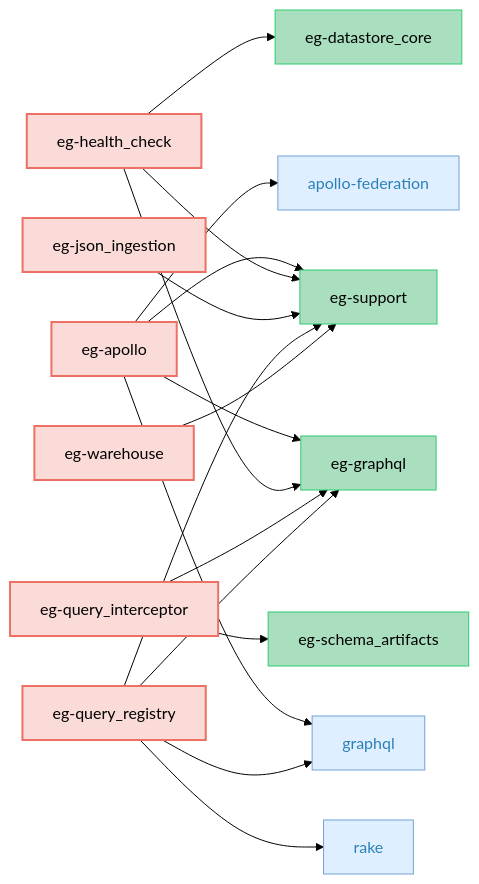
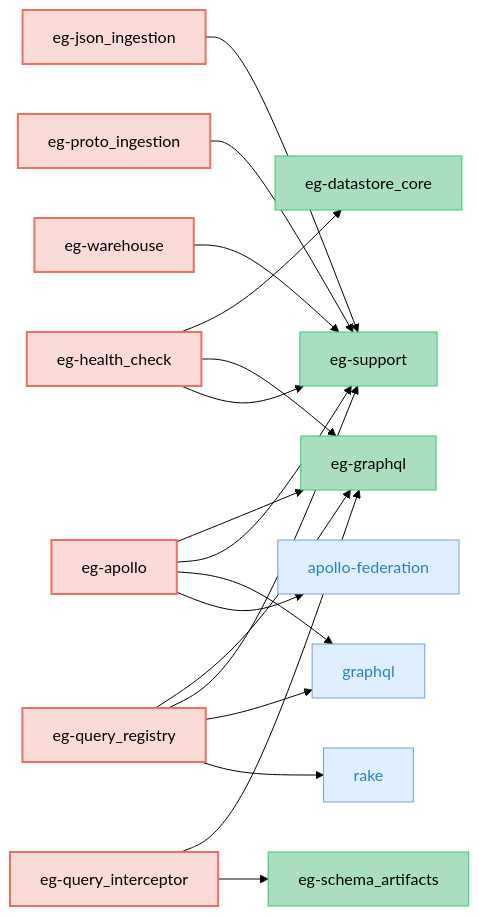
Before and after one commit to block/elasticgraph: the fourth of 5 diagrams in CODEBASE_OVERVIEW.md, drawn with Mermaid (forest theme). The commit also changed other lines of this file and 18 other files, not shown here.

First line of the commit message:
Scaffold the elasticgraph-proto_ingestion gem

````diff
--- a/CODEBASE_OVERVIEW.md
+++ b/CODEBASE_OVERVIEW.md
@@ -208,50 +209,53 @@
 ```mermaid
 graph LR;
     classDef targetGemStyle fill:#FADBD8,stroke:#EC7063,color:#000,stroke-width:2px;
     classDef otherEgGemStyle fill:#A9DFBF,stroke:#2ECC71,color:#000;
     classDef externalGemCatStyle fill:#E0EFFF,stroke:#70A1D7,color:#2980B9;
     elasticgraph-apollo["eg-apollo"];
     elasticgraph-graphql["eg-graphql"];
     elasticgraph-support["eg-support"];
     graphql["graphql"];
     apollo-federation["apollo-federation"];
     elasticgraph-health_check["eg-health_check"];
     elasticgraph-datastore_core["eg-datastore_core"];
     elasticgraph-json_ingestion["eg-json_ingestion"];
+    elasticgraph-proto_ingestion["eg-proto_ingestion"];
     elasticgraph-query_interceptor["eg-query_interceptor"];
     elasticgraph-schema_artifacts["eg-schema_artifacts"];
     elasticgraph-query_registry["eg-query_registry"];
     rake["rake"];
     elasticgraph-warehouse["eg-warehouse"];
     elasticgraph-apollo --> elasticgraph-graphql;
     elasticgraph-apollo --> elasticgraph-support;
     elasticgraph-apollo --> graphql;
     elasticgraph-apollo --> apollo-federation;
     elasticgraph-health_check --> elasticgraph-datastore_core;
     elasticgraph-health_check --> elasticgraph-graphql;
     elasticgraph-health_check --> elasticgraph-support;
     elasticgraph-json_ingestion --> elasticgraph-support;
+    elasticgraph-proto_ingestion --> elasticgraph-support;
     elasticgraph-query_interceptor --> elasticgraph-graphql;
     elasticgraph-query_interceptor --> elasticgraph-schema_artifacts;
     elasticgraph-query_registry --> elasticgraph-graphql;
     elasticgraph-query_registry --> elasticgraph-support;
     elasticgraph-query_registry --> graphql;
     elasticgraph-query_registry --> rake;
     elasticgraph-warehouse --> elasticgraph-support;
     class elasticgraph-apollo targetGemStyle;
     class elasticgraph-graphql otherEgGemStyle;
     class elasticgraph-support otherEgGemStyle;
     class graphql externalGemCatStyle;
     class apollo-federation externalGemCatStyle;
     class elasticgraph-health_check targetGemStyle;
     class elasticgraph-datastore_core otherEgGemStyle;
     class elasticgraph-json_ingestion targetGemStyle;
+    class elasticgraph-proto_ingestion targetGemStyle;
     class elasticgraph-query_interceptor targetGemStyle;
     class elasticgraph-schema_artifacts otherEgGemStyle;
     class elasticgraph-query_registry targetGemStyle;
     class rake externalGemCatStyle;
     class elasticgraph-warehouse targetGemStyle;
     click graphql href "https://rubygems.org/gems/graphql" "Open on RubyGems.org" _blank;
     click apollo-federation href "https://rubygems.org/gems/apollo-federation" "Open on RubyGems.org" _blank;
     click rake href "https://rubygems.org/gems/rake" "Open on RubyGems.org" _blank;
 ```
````
